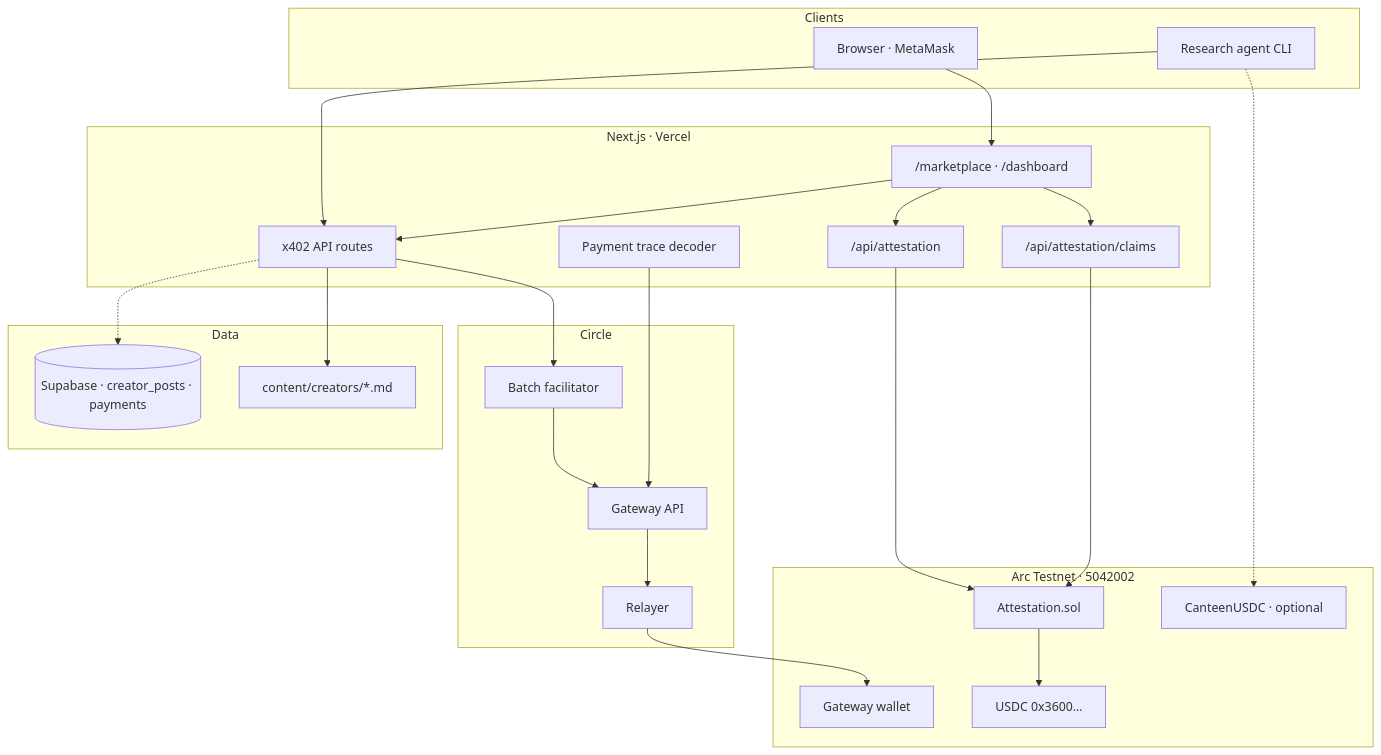
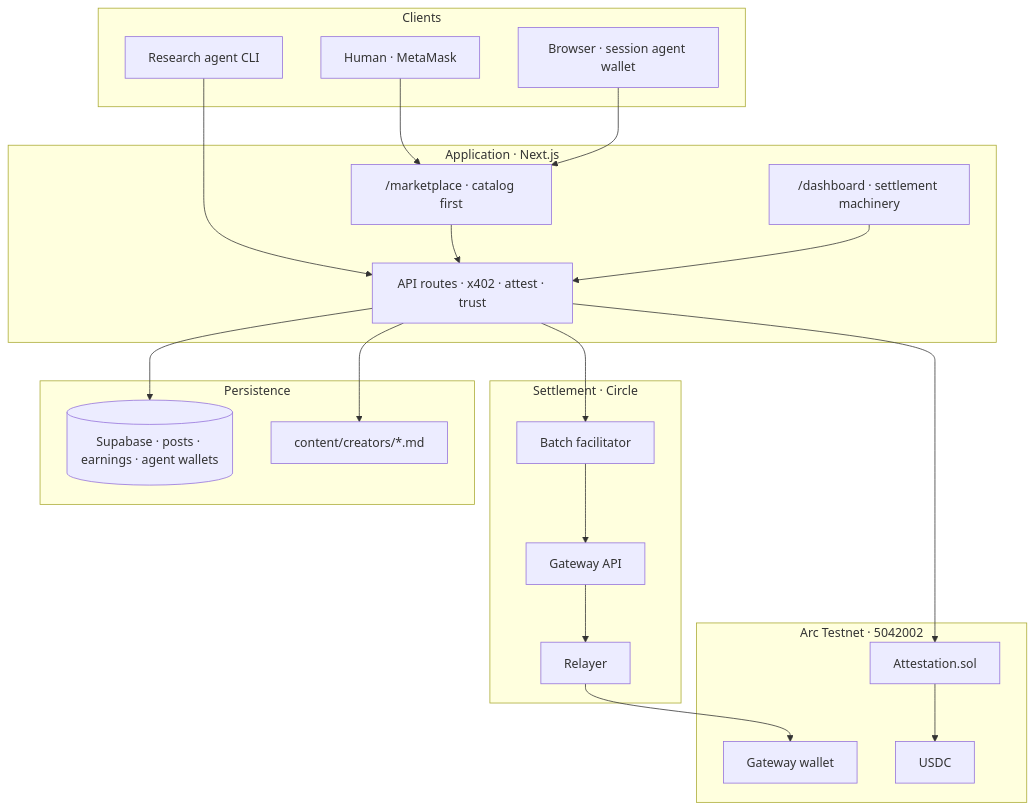
The first of 3 diagrams in README.md (rudazy/citation-agent), drawn with Mermaid before and after one commit. The commit also changed other lines of this file and 92 other files, not shown here.

Commit message:
catalog, unlock persistence, backing display

````diff
--- a/README.md
+++ b/README.md
@@ -32,48 +35,43 @@
 ```mermaid
 flowchart TB
-  subgraph Clients
-    Browser["Browser · MetaMask"]
-    AgentCLI["Research agent CLI"]
+  subgraph Clients["Clients"]
+    Human["Human · MetaMask"]
+    Agent["Research agent CLI"]
+    BrowserAgent["Browser · session agent wallet"]
   end
 
-  subgraph App["Next.js · Vercel"]
-    Pages["/marketplace · /dashboard"]
-    X402["x402 API routes"]
-    AttestAPI["/api/attestation"]
-    ClaimsAPI["/api/attestation/claims"]
-    Trace["Payment trace decoder"]
+  subgraph Application["Application · Next.js"]
+    Marketplace["/marketplace · catalog first"]
+    Dashboard["/dashboard · settlement machinery"]
+    APIs["API routes · x402 · attest · trust"]
   end
 
-  subgraph Circle
+  subgraph Settlement["Settlement · Circle"]
     Facilitator["Batch facilitator"]
     GatewayAPI["Gateway API"]
     Relayer["Relayer"]
   end
 
-  subgraph Arc["Arc Testnet · 5042002"]
-    Gateway["Gateway wallet"]
-    USDC["USDC 0x3600…"]
+  subgraph Chain["Arc Testnet · 5042002"]
+    GatewayWallet["Gateway wallet"]
+    USDC["USDC"]
     Attestation["Attestation.sol"]
-    Canteen["CanteenUSDC · optional"]
   end
 
-  subgraph Data
-    Supabase[("Supabase · creator_posts · payments")]
-    Creators["content/creators/*.md"]
+  subgraph Persistence["Persistence"]
+    Supabase[("Supabase · posts · earnings · agent wallets")]
+    Seeds["content/creators/*.md"]
   end
 
-  Browser --> Pages
-  AgentCLI --> X402
-  Pages --> X402
-  Pages --> AttestAPI
-  Pages --> ClaimsAPI
-  X402 --> Facilitator
-  Facilitator --> GatewayAPI --> Relayer --> Gateway
-  AttestAPI --> Attestation
+  Human --> Marketplace
+  BrowserAgent --> Marketplace
+  Agent --> APIs
+  Marketplace --> APIs
+  Dashboard --> APIs
+  APIs --> Facilitator
+  Facilitator --> GatewayAPI --> Relayer --> GatewayWallet
+  APIs --> Attestation
   Attestation --> USDC
-  ClaimsAPI --> Attestation
-  X402 --> Creators
-  X402 -.-> Supabase
-  Trace --> GatewayAPI
-  AgentCLI -.-> Canteen
+  APIs --> Seeds
+  APIs --> Supabase
 ```
````
